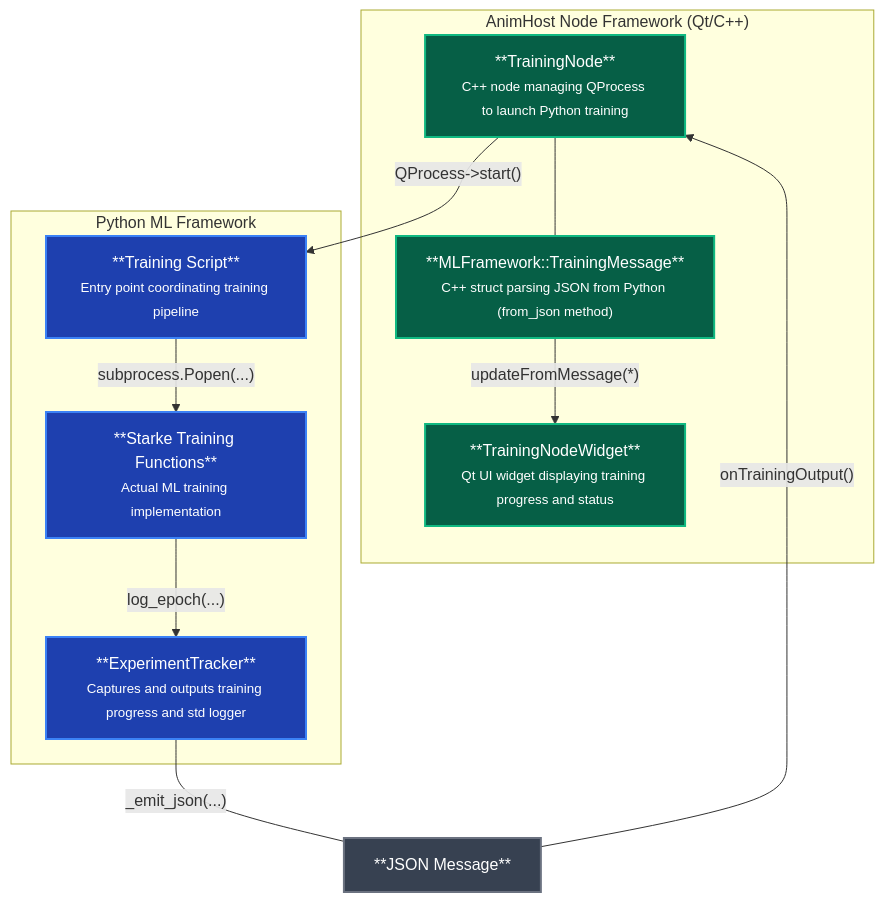
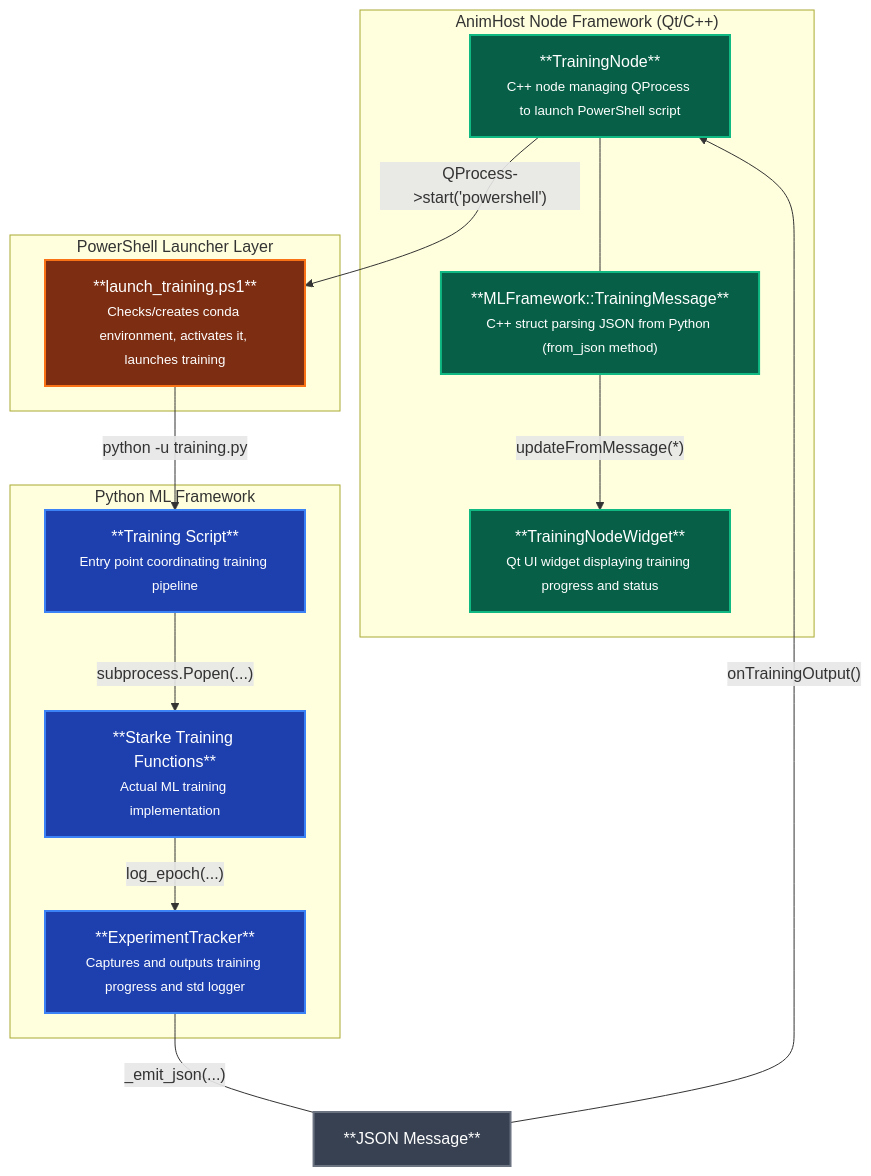
Before and after one commit to FilmakademieRnd/AnimHost: the diagram in python/ml_framework/README.md, drawn with Mermaid. The commit also changed other lines of this file and 1 other file, not shown here.

Commit message:
documentation update

````diff
--- a/python/ml_framework/README.md
+++ b/python/ml_framework/README.md
@@ -47,34 +52,41 @@
 ```mermaid
 graph TB
     subgraph "AnimHost Node Framework (Qt/C++)"
         A["**TrainingNodeWidget**<br/><small>Qt UI widget displaying training progress and status</small>"]
         C["**MLFramework::TrainingMessage**<br/><small>C++ struct parsing JSON from Python (from_json method)</small>"]
-        B["**TrainingNode**<br/><small>C++ node managing QProcess to launch Python training</small>"]
+        B["**TrainingNode**<br/><small>C++ node managing QProcess to launch PowerShell script</small>"]
     end
 
     D["**JSON Message**<br/>"]
+
+    subgraph "PowerShell Launcher Layer"
+        H["**launch_training.ps1**<br/><small>Checks/creates conda environment, activates it, launches training</small>"]
+    end
 
     subgraph "Python ML Framework"
         E["**ExperimentTracker**<br/><small>Captures and outputs training progress and std logger</small>"]
         F["**Training Script**<br/><small>Entry point coordinating training pipeline</small>"]
         G["**Starke Training Functions**<br/><small>Actual ML training implementation</small>"]
     end
-    
+
     %% Connections
-    B --> |"QProcess->start()"| F
+    B --> |"QProcess->start('powershell')"| H
+    H --> |"python -u training.py"| F
     F --> |"subprocess.Popen(...)"| G
     G --> |"log_epoch(...)"| E
     E --- |"_emit_json(...)"| D
     D --> |"onTrainingOutput()"| B
     B --- C
     C --> |"updateFromMessage(*)"| A
-    
+
     %% Styling
     classDef cppLayer fill:#065f46,stroke:#10b981,stroke-width:2px,color:#ffffff
     classDef interfaceNode fill:#374151,stroke:#6b7280,stroke-width:2px,color:#ffffff
+    classDef launcherLayer fill:#7c2d12,stroke:#f97316,stroke-width:2px,color:#ffffff
     classDef pythonLayer fill:#1e40af,stroke:#3b82f6,stroke-width:2px,color:#ffffff
-    
+
     class A,B,C cppLayer
     class D interfaceNode
+    class H launcherLayer
     class E,F,G pythonLayer
 ```
````
